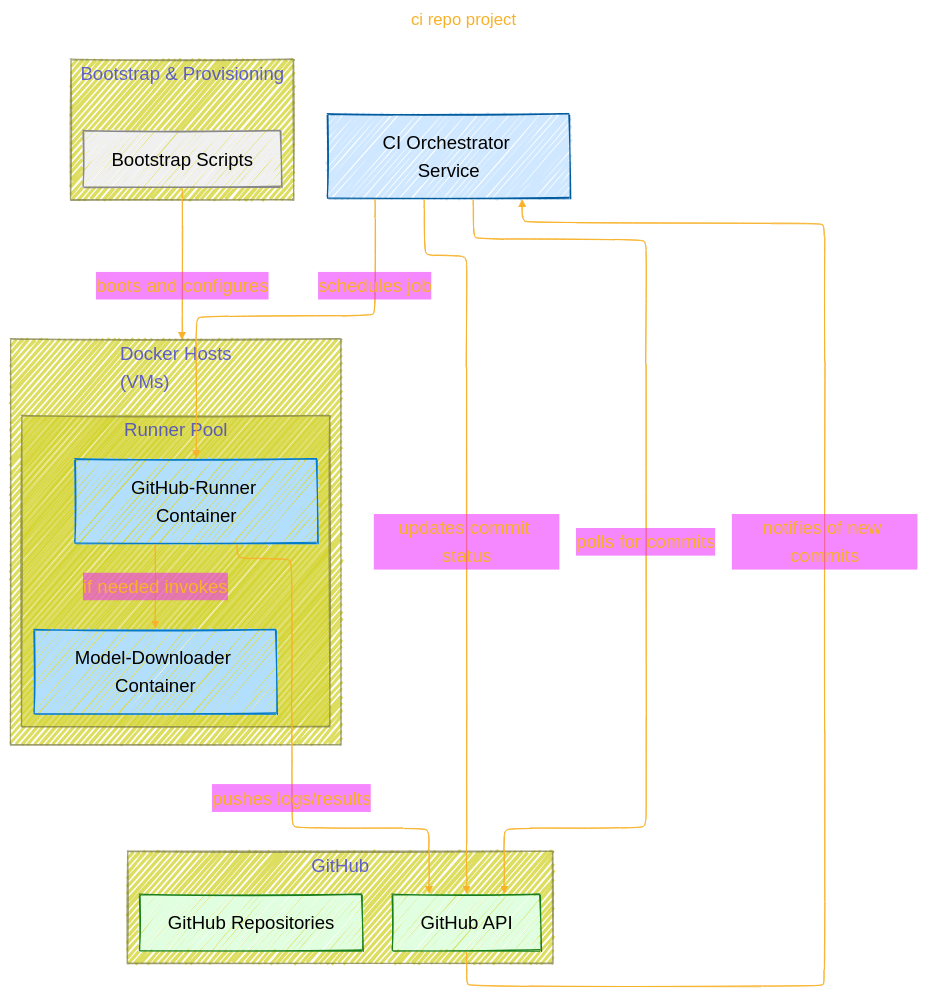
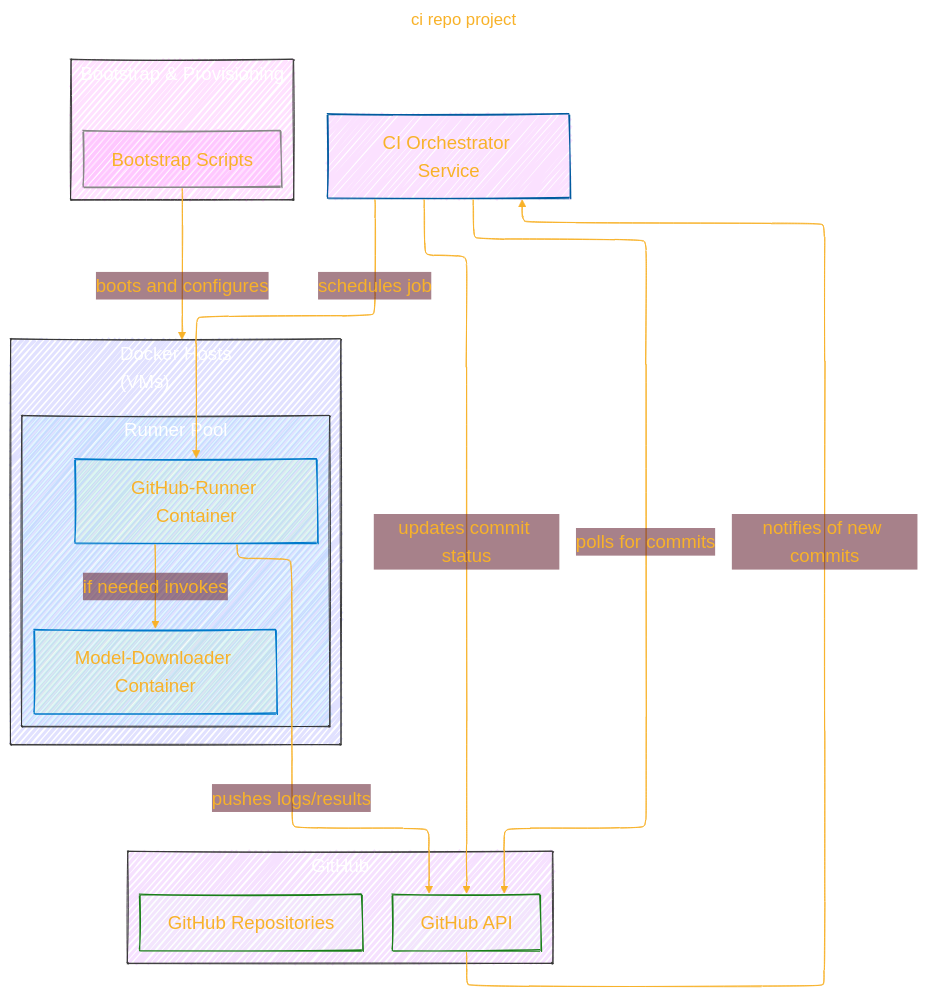
Before and after one commit to CongLeSolutionX/Synthetic-Zooniverse: the first of 2 diagrams in GGML_ORG/GitHub_repo_projects/ci.md, drawn with Mermaid.

Commit message:
update notes

```diff
--- a/GGML_ORG/GitHub_repo_projects/ci.md
+++ b/GGML_ORG/GitHub_repo_projects/ci.md
@@ -67,7 +67,7 @@
       'primaryTextColor': '#F8B229',
       'lineColor': '#F8B229',
       'primaryBorderColor': '#27AE60',
-      'secondaryColor': '#E2F1',
+      'secondaryColor': '#6232',
       'secondaryTextColor': '#6C3483',
       'secondaryBorderColor': '#A569BD',
       'fontSize': '20px'
@@ -77,14 +77,17 @@
 flowchart TB
     %% Bootstrap phase
     subgraph Bootstrap_and_Provisioning["Bootstrap & Provisioning"]
+    style Bootstrap_and_Provisioning fill:#F2F2,stroke:#333,stroke-width:1px, color: #FFFF
     direction TB
         Setup["Bootstrap Scripts"]:::infra
     end
 
     %% Infrastructure layer
     subgraph Docker_Hosts["Docker Hosts<br/>(VMs)"]
+    style Docker_Hosts fill:#22F2,stroke:#333,stroke-width:1px, color: #FFFF
     direction TB
         subgraph Runner_Pool["Runner Pool"]
+        style Runner_Pool fill:#2BF2,stroke:#333,stroke-width:1px, color: #FFFF
         direction TB
             Runner["GitHub-Runner Container"]:::container
             ModelDL["Model-Downloader Container"]:::container
@@ -96,6 +99,7 @@
 
     %% External services
     subgraph GitHub["GitHub"]
+    style GitHub fill:#B2F2,stroke:#333,stroke-width:1px, color: #FFFF
     direction TB
         GitHubAPI["GitHub API"]:::external
         GitHubRepos["GitHub Repositories"]:::external
@@ -116,10 +120,10 @@
     click ModelDL "https://github.com/ggml-org/ci/tree/master/images/llama.cpp-model-downloader/"
 
     %% Styles
-    classDef service fill:#D0E8FF,stroke:#005B9F,color:#000;
-    classDef container fill:#B3DFFF,stroke:#007ACC,color:#000;
-    classDef external fill:#DFFFE0,stroke:#1A7F1A,color:#000;
-    classDef infra fill:#F0F0F0,stroke:#888888,color:#000;
+    classDef service fill:#D2F2,stroke:#005B9F,color:#F8B229;
+    classDef container fill:#BF92,stroke:#007ACC,color:#F8B229;
+    classDef external fill:#DFE2,stroke:#1A7F1A,color:#F8B229;
+    classDef infra fill:#F2F2,stroke:#888888,color:#F8B229;
     class CI_Orchestrator service
     class Runner,ModelDL container
     class GitHubAPI,GitHubRepos external
```
